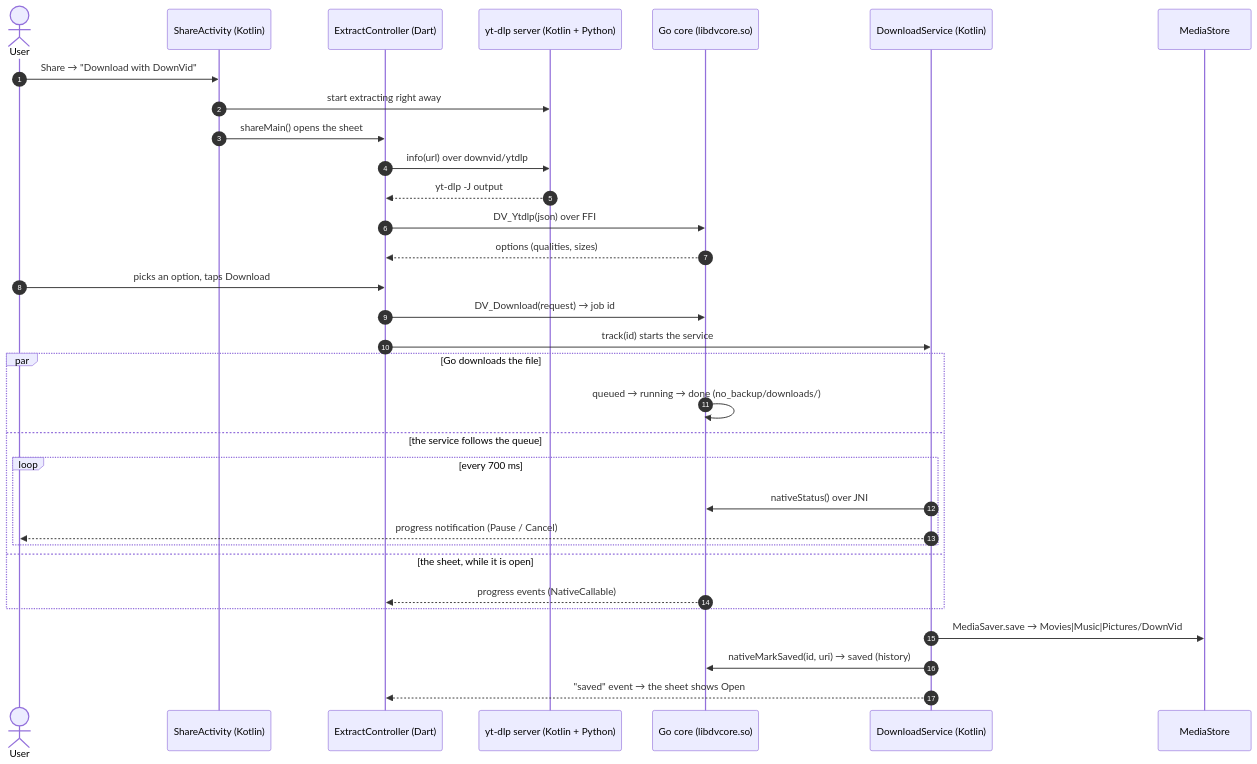
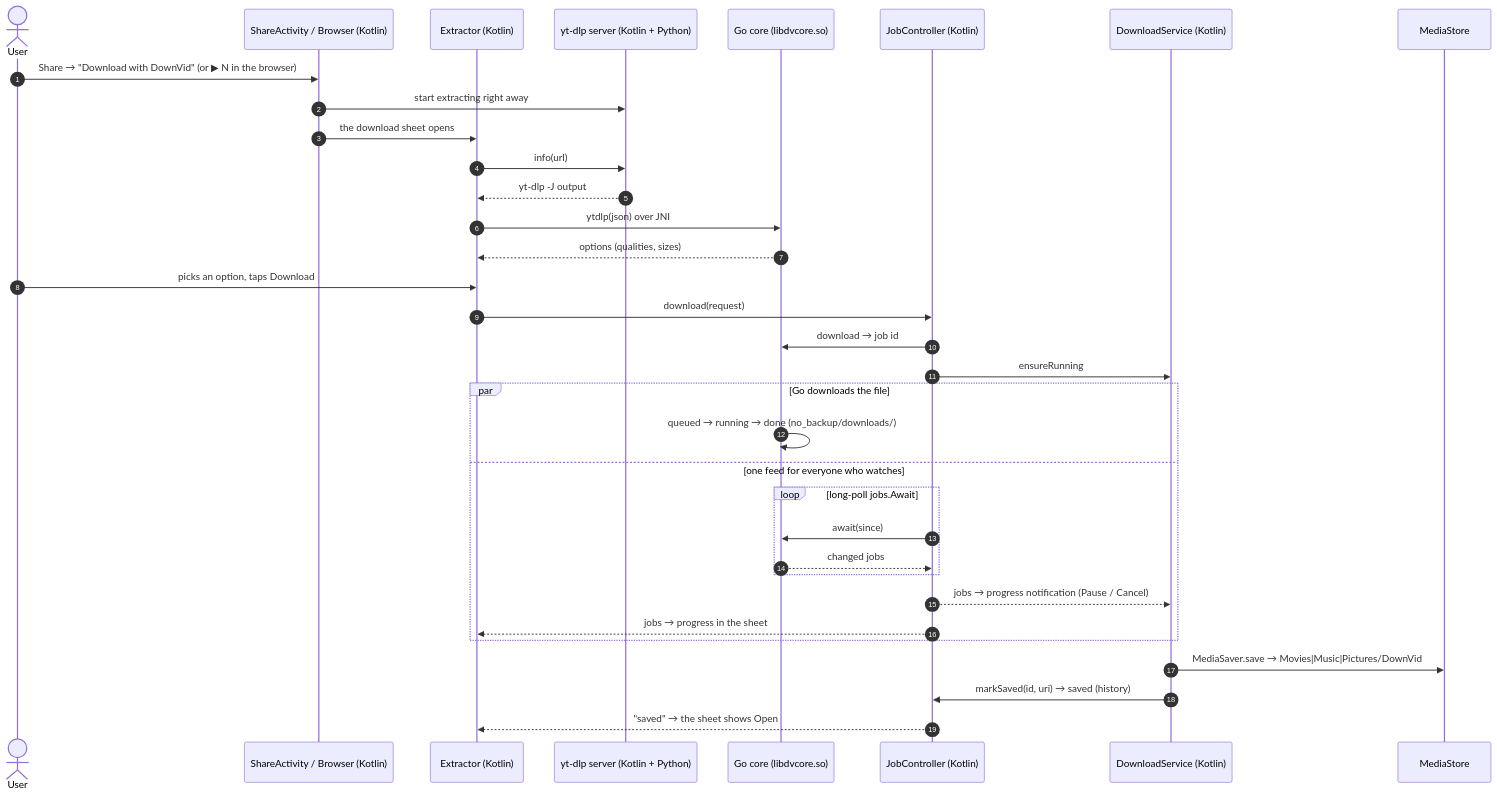
Before and after one commit to reinanbr/downvid: the first of 2 diagrams in README.md, drawn with Mermaid. The commit also changed other lines of this file and 130 other files, not shown here.

First line of the commit message:
DownVid 0.2.0: native Kotlin app, built-in browser and player

````diff
--- a/README.md
+++ b/README.md
@@ -258,34 +300,36 @@
 ```mermaid
 sequenceDiagram
     autonumber
     actor U as User
-    participant SA as ShareActivity (Kotlin)
-    participant EC as ExtractController (Dart)
+    participant SA as ShareActivity / Browser (Kotlin)
+    participant EX as Extractor (Kotlin)
     participant Y as yt-dlp server (Kotlin + Python)
     participant G as Go core (libdvcore.so)
+    participant JC as JobController (Kotlin)
     participant DS as DownloadService (Kotlin)
     participant MS as MediaStore
-    U->>SA: Share → "Download with DownVid"
+    U->>SA: Share → "Download with DownVid" (or ▶ N in the browser)
     SA->>Y: start extracting right away
-    SA->>EC: shareMain() opens the sheet
-    EC->>Y: info(url) over downvid/ytdlp
-    Y-->>EC: yt-dlp -J output
-    EC->>G: DV_Ytdlp(json) over FFI
-    G-->>EC: options (qualities, sizes)
-    U->>EC: picks an option, taps Download
-    EC->>G: DV_Download(request) → job id
-    EC->>DS: track(id) starts the service
+    SA->>EX: the download sheet opens
+    EX->>Y: info(url)
+    Y-->>EX: yt-dlp -J output
+    EX->>G: ytdlp(json) over JNI
+    G-->>EX: options (qualities, sizes)
+    U->>EX: picks an option, taps Download
+    EX->>JC: download(request)
+    JC->>G: download → job id
+    JC->>DS: ensureRunning
     par Go downloads the file
         G->>G: queued → running → done (no_backup/downloads/)
-    and the service follows the queue
-        loop every 700 ms
-            DS->>G: nativeStatus() over JNI
-            DS-->>U: progress notification (Pause / Cancel)
+    and one feed for everyone who watches
+        loop long-poll jobs.Await
+            JC->>G: await(since)
+            G-->>JC: changed jobs
         end
-    and the sheet, while it is open
-        G-->>EC: progress events (NativeCallable)
+        JC-->>DS: jobs → progress notification (Pause / Cancel)
+        JC-->>EX: jobs → progress in the sheet
     end
     DS->>MS: MediaSaver.save → Movies|Music|Pictures/DownVid
-    DS->>G: nativeMarkSaved(id, uri) → saved (history)
-    DS-->>EC: "saved" event → the sheet shows Open
+    DS->>JC: markSaved(id, uri) → saved (history)
+    JC-->>EX: "saved" → the sheet shows Open
 ```
````
